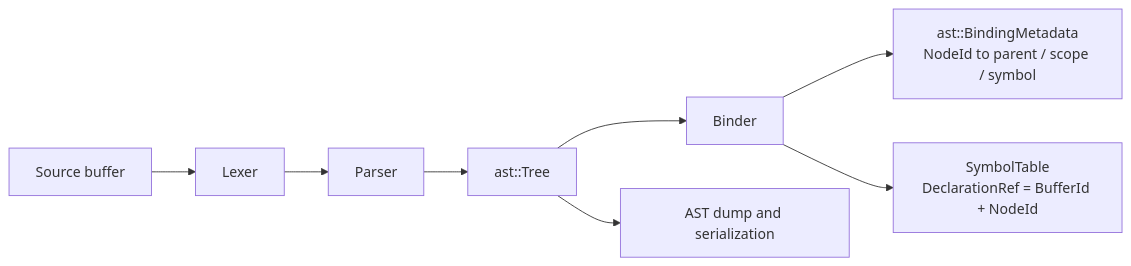
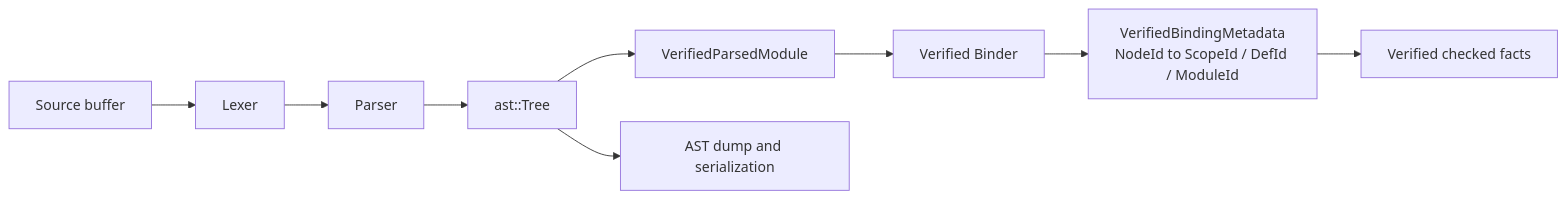
The first of 2 diagrams in docs/design/ast-data-structure.md (Zzzode/ZOM), drawn with Mermaid before and after one commit. The commit also changed other lines of this file and 21 other files, not shown here.

First line of the commit message:
docs(repo): align compiler architecture guidance

````diff
--- a/docs/design/ast-data-structure.md
+++ b/docs/design/ast-data-structure.md
@@ -22,10 +22,11 @@
 ```mermaid
 flowchart LR
   Source["Source buffer"] --> Lexer["Lexer"]
   Lexer --> Parser["Parser"]
   Parser --> Tree["ast::Tree"]
-  Tree --> Binder["Binder"]
-  Binder --> Meta["ast::BindingMetadata<br/>NodeId to parent / scope / symbol"]
-  Binder --> Symbols["SymbolTable<br/>DeclarationRef = BufferId + NodeId"]
+  Tree --> Parsed["VerifiedParsedModule"]
+  Parsed --> Binder["Verified Binder"]
+  Binder --> Meta["VerifiedBindingMetadata<br/>NodeId to ScopeId / DefId / ModuleId"]
+  Meta --> Checked["Verified checked facts"]
   Tree --> Dumps["AST dump and serialization"]
 ```
````
